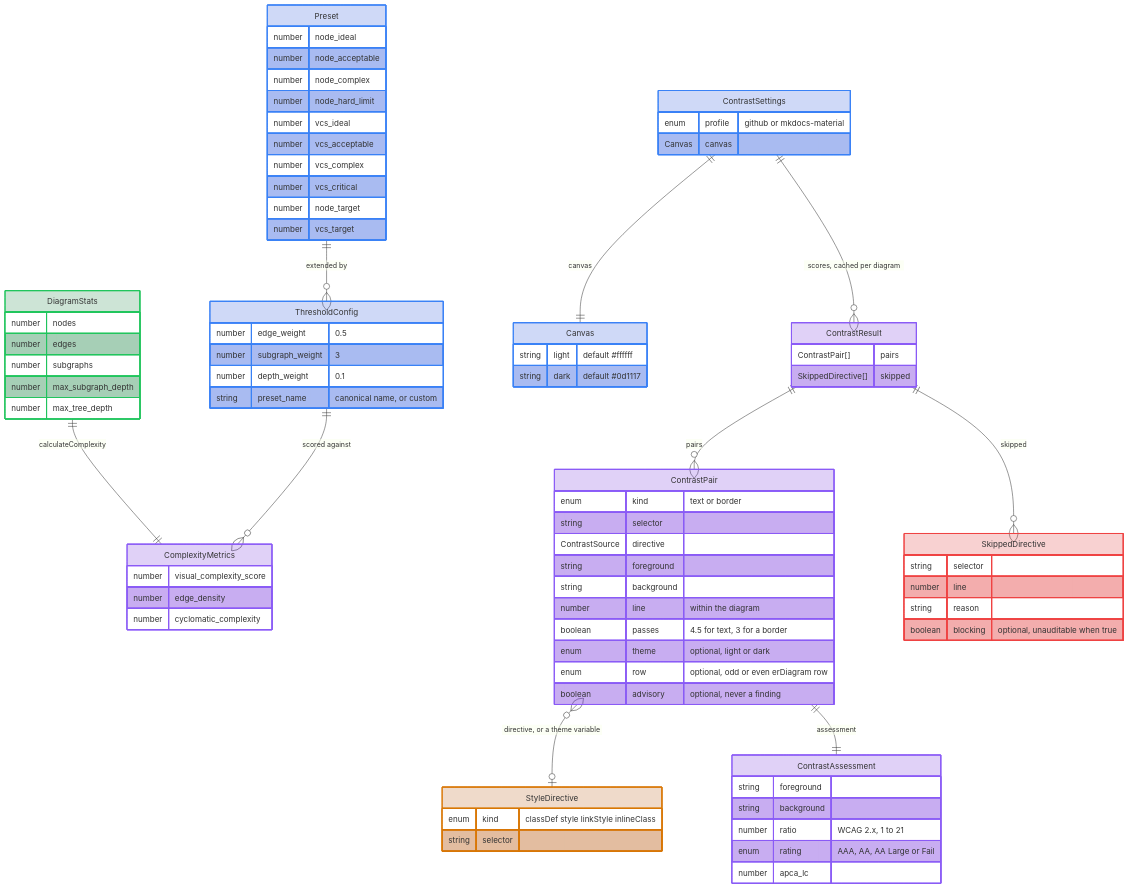
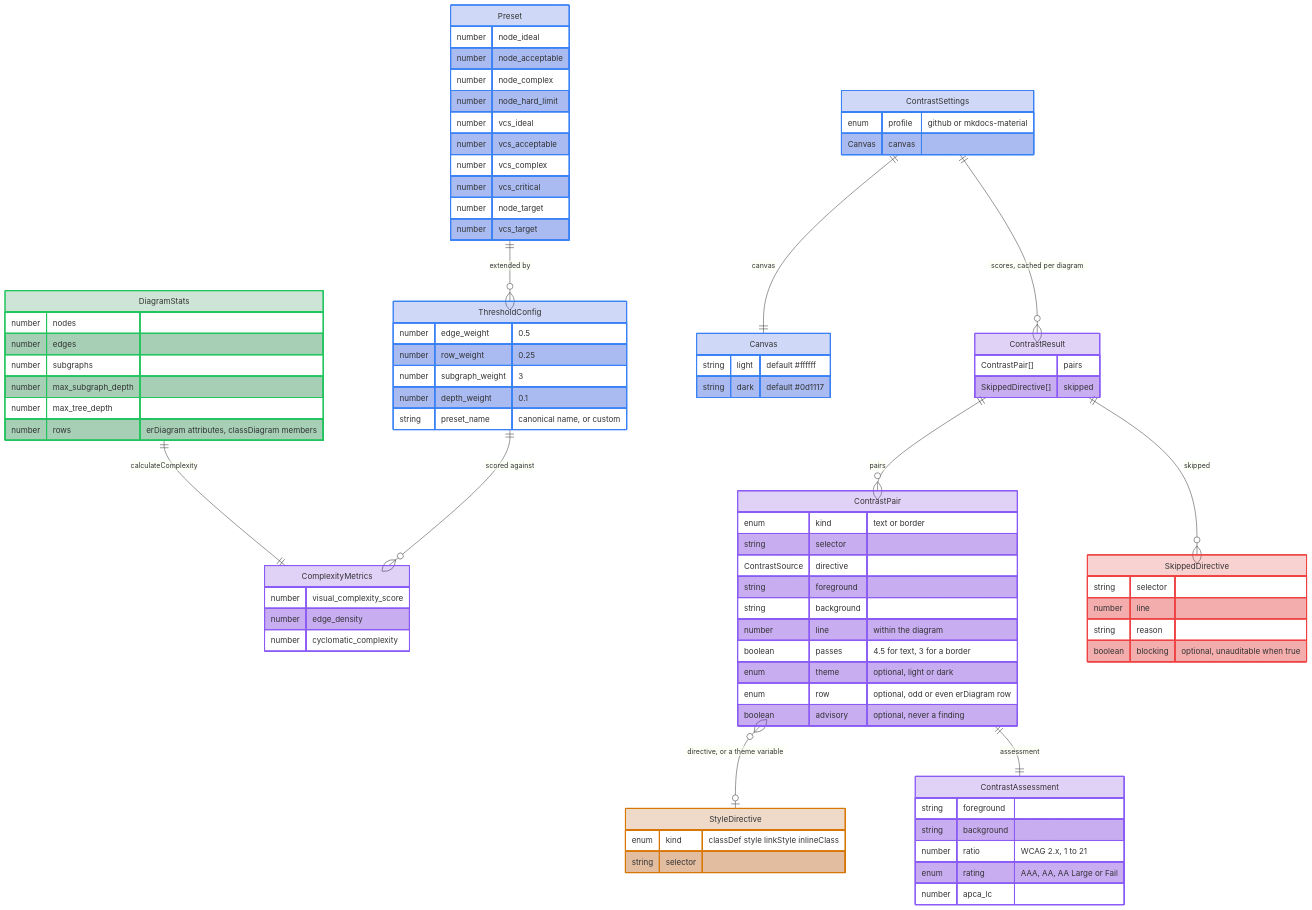
Before and after one commit to jpeakai/jpai-mermaidjs-lint: the sixth of 16 diagrams in docs/DATA_MODEL.md, drawn with Mermaid. The commit also changed other lines of this file and 27 other files, not shown here.

First line of the commit message:
Count what a reader must read in sequence, state, entity and class diagrams

```diff
--- a/docs/DATA_MODEL.md
+++ b/docs/DATA_MODEL.md
@@ -247,6 +248,7 @@
         number subgraphs
         number max_subgraph_depth
         number max_tree_depth
+        number rows "erDiagram attributes, classDiagram members"
     }
     Preset {
         number node_ideal
@@ -262,6 +264,7 @@
     }
     ThresholdConfig {
         number edge_weight "0.5"
+        number row_weight "0.25"
         number subgraph_weight "3"
         number depth_weight "0.1"
         string preset_name "canonical name, or custom"
```
